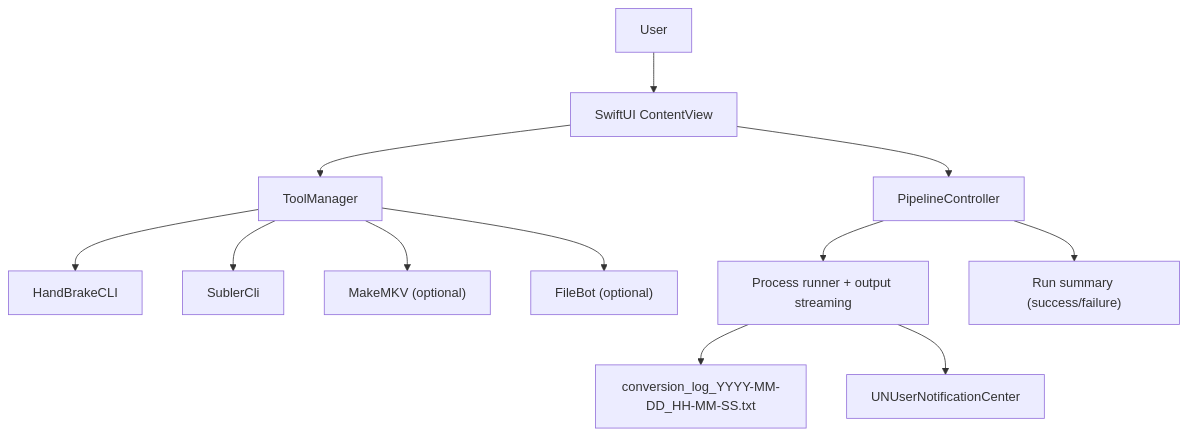
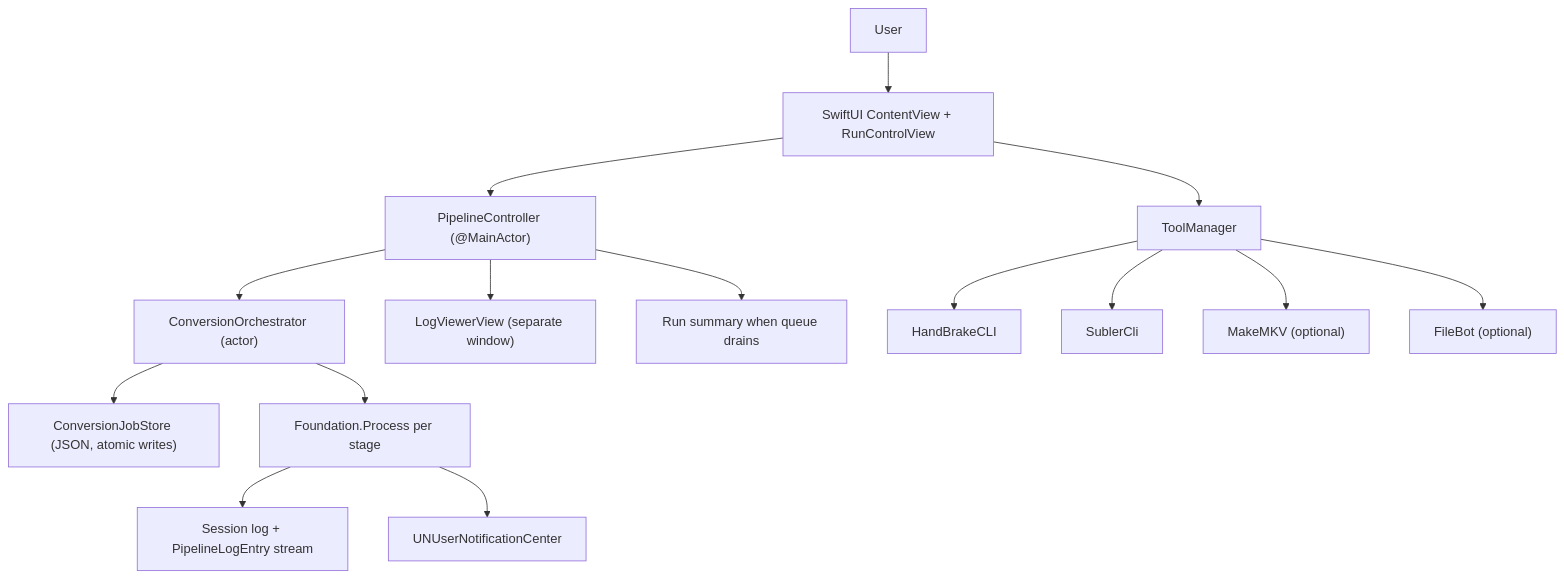
The first of 6 diagrams in README.md (roto31/Media-Magic), drawn with Mermaid before and after one commit. The commit also changed other lines of this file and 16 other files, not shown here.

````diff
--- a/README.md
+++ b/README.md
@@ -29,14 +41,17 @@
 ```mermaid
 flowchart TD
-    User["User"] --> UI["SwiftUI ContentView"]
-    UI --> Controller["PipelineController"]
+    User["User"] --> UI["SwiftUI ContentView + RunControlView"]
+    UI --> PC["PipelineController (@MainActor)"]
     UI --> Tools["ToolManager"]
+    PC --> ORCH["ConversionOrchestrator (actor)"]
+    ORCH --> Store["ConversionJobStore (JSON, atomic writes)"]
+    ORCH --> Proc["Foundation.Process per stage"]
     Tools --> HB["HandBrakeCLI"]
     Tools --> Subler["SublerCli"]
     Tools --> MKV["MakeMKV (optional)"]
     Tools --> FB["FileBot (optional)"]
-    Controller --> Proc["Process runner + output streaming"]
-    Proc --> Log["conversion_log_YYYY-MM-DD_HH-MM-SS.txt"]
+    Proc --> Log["Session log + PipelineLogEntry stream"]
     Proc --> Notify["UNUserNotificationCenter"]
-    Controller --> Summary["Run summary (success/failure)"]
+    PC --> LVV["LogViewerView (separate window)"]
+    PC --> Summary["Run summary when queue drains"]
 ```
````
